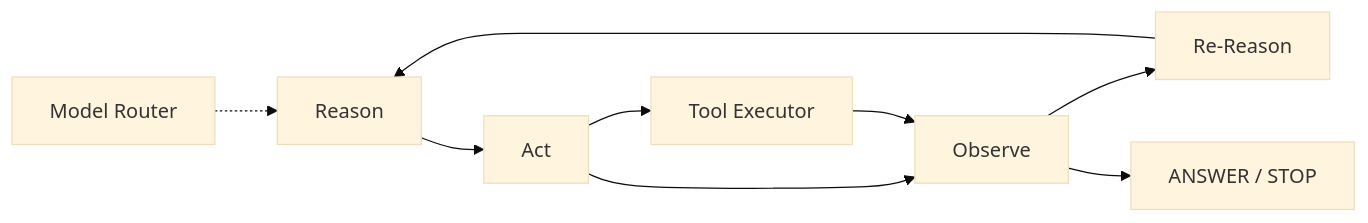
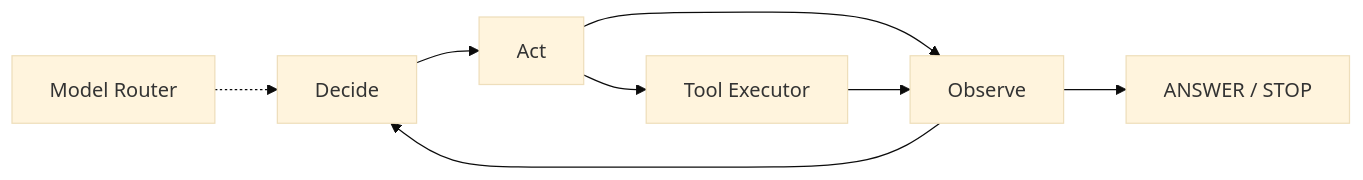
One commit to Erdoschn/Study-agent changed the second of 2 diagrams in README.md. Above: the diagram before and after it, drawn with Mermaid (base theme).

Commit message:
docs: simplify agent loop diagram

````diff
--- a/README.md
+++ b/README.md
@@ -125,22 +125,20 @@
 ```mermaid
 flowchart LR
 
-    R["Reason"]
+    D["Decide"]
     A["Act"]
     O["Observe"]
-    RR["Re-Reason"]
     FINISH["ANSWER / STOP"]
 
-    R --> A
+    D --> A
     A --> O
-    O --> RR
-    RR --> R
+    O --> D
     O --> FINISH
 
     MR["Model Router"]
     TOOLS["Tool Executor"]
 
-    MR -.-> R
+    MR -.-> D
     A --> TOOLS
     TOOLS --> O
 ```
````
